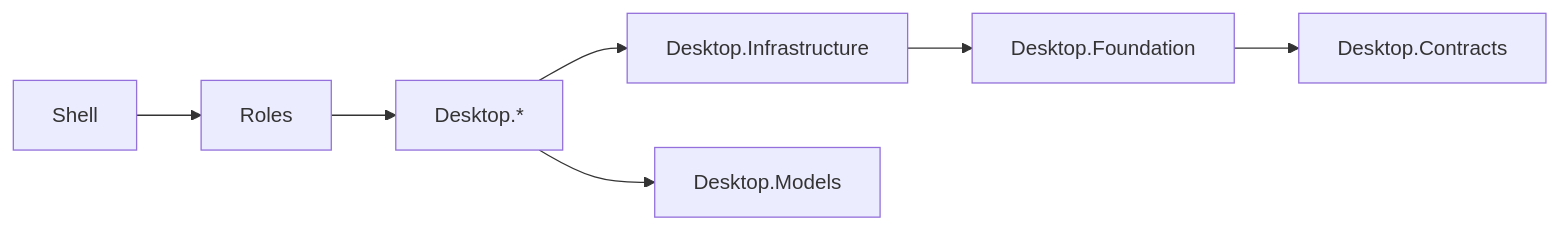
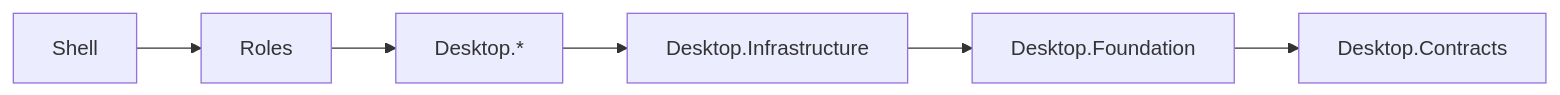
The fourth of 5 diagrams in docs/03-architecture/01-system-overview.md (shouqitao/LYBTZYZS), drawn with Mermaid before and after one commit. The commit also changed other lines of this file and 28 other files, not shown here.

````diff
--- a/docs/03-architecture/01-system-overview.md
+++ b/docs/03-architecture/01-system-overview.md
@@ -180,9 +173,8 @@
 ```mermaid
 graph LR
     Shell --> Roles
     Roles --> Modules_C["Desktop.*"]
     Modules_C --> Infrastructure_C["Desktop.Infrastructure"]
     Infrastructure_C --> Foundation["Desktop.Foundation"]
     Foundation --> Contracts["Desktop.Contracts"]
-    Modules_C --> Models_C["Desktop.Models"]
 ```
````
